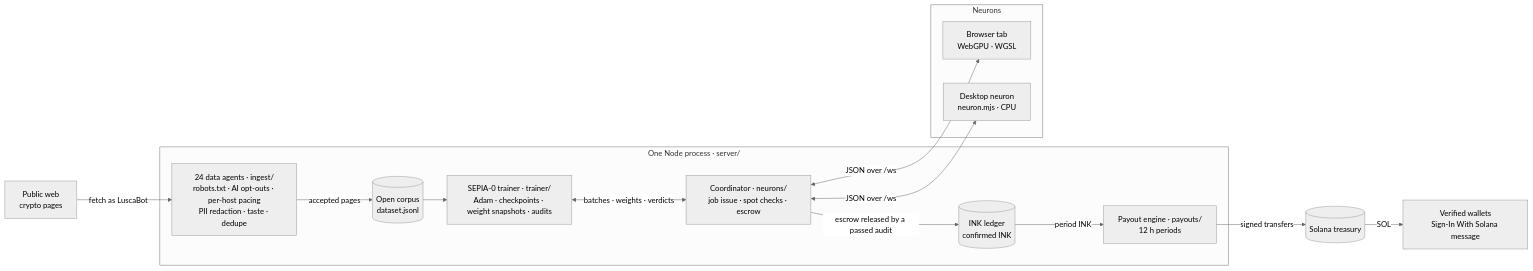
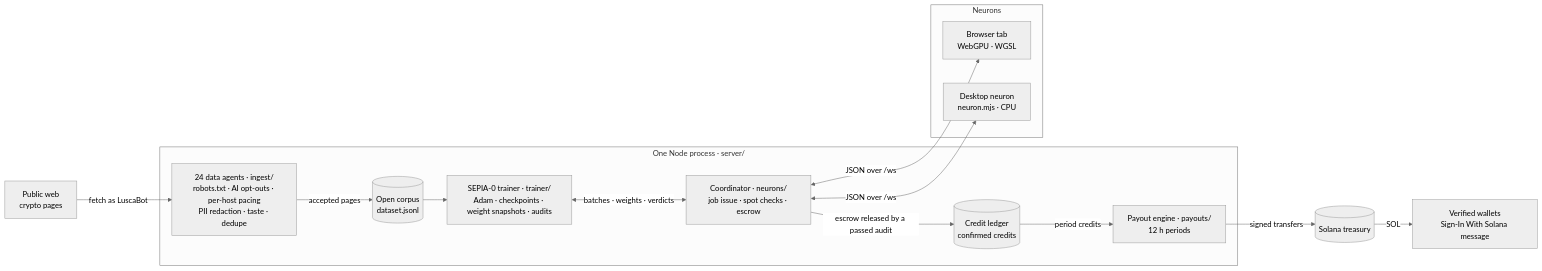
Before and after one commit to LUSCAINK/LUSCA: the first of 2 diagrams in README.md, drawn with Mermaid (neutral theme). The commit also changed other lines of this file and 46 other files, not shown here.

````diff
--- a/README.md
+++ b/README.md
@@ -59,32 +61,32 @@
 ```mermaid
 flowchart LR
   web["Public web<br/>crypto pages"]
 
   subgraph srv["One Node process · server/"]
     agents["24 data agents · ingest/<br/>robots.txt · AI opt-outs · per-host pacing<br/>PII redaction · taste · dedupe"]
     corpus[("Open corpus<br/>dataset.jsonl")]
     trainer["SEPIA-0 trainer · trainer/<br/>Adam · checkpoints · weight snapshots · audits"]
     coord["Coordinator · neurons/<br/>job issue · spot checks · escrow"]
-    ledger[("INK ledger<br/>confirmed INK")]
+    ledger[("Credit ledger<br/>confirmed credits")]
     payouts["Payout engine · payouts/<br/>12 h periods"]
   end
 
   subgraph net["Neurons"]
     browser["Browser tab<br/>WebGPU · WGSL"]
     desktop["Desktop neuron<br/>neuron.mjs · CPU"]
   end
 
   treasury[("Solana treasury")]
   wallets["Verified wallets<br/>Sign-In With Solana message"]
 
   web -->|"fetch as LuscaBot"| agents
   agents -->|"accepted pages"| corpus
   corpus --> trainer
   trainer <-->|"batches · weights · verdicts"| coord
   coord <-->|"JSON over /ws"| browser
   coord <-->|"JSON over /ws"| desktop
   coord -->|"escrow released by a passed audit"| ledger
-  ledger -->|"period INK"| payouts
+  ledger -->|"period credits"| payouts
   payouts -->|"signed transfers"| treasury
   treasury -->|"SOL"| wallets
 ```
````
